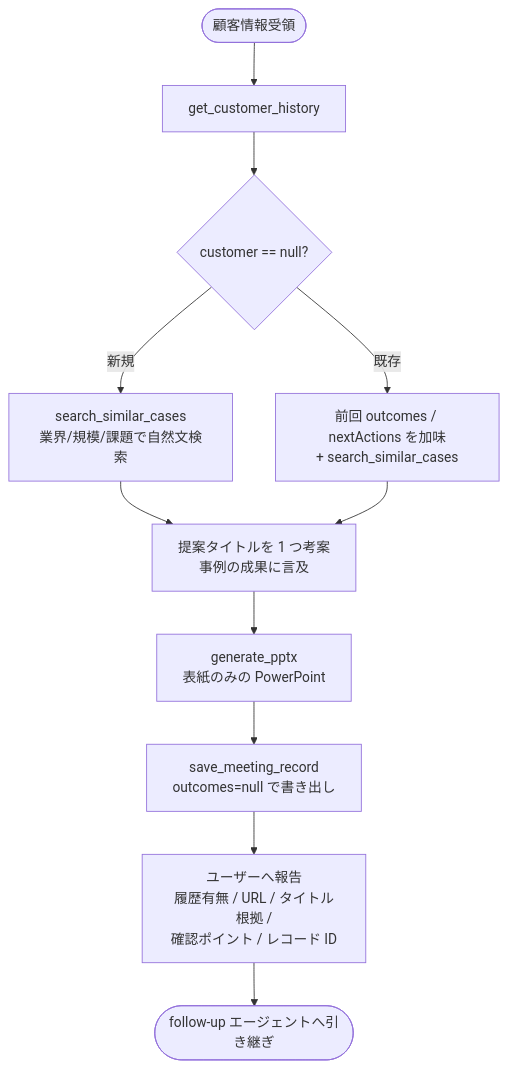
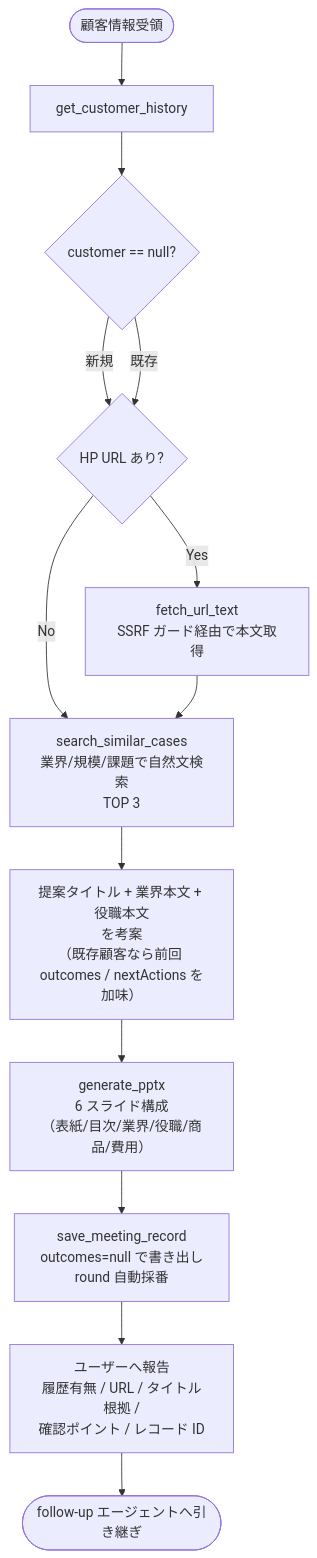
Before and after one commit to mintyobi/agentic_ai_for_hackathon: the third of 3 diagrams in agent-first-meeting/README.md, drawn with Mermaid. The commit also changed other lines of this file, not shown here.

Commit message:
docs: README のフロー図を実装に合わせて更新
- シーケンス図に fetch_url_text ステップを追加（顧客 HP URL 入力時の opt ブロック）
- generate_pptx の引数を実装の 4 個 (cover_title / cover_subtitle / industry_body / position_body) に修正
- 判断ロジック図に FunctionChoiceBehavior.Auto の注記を追加し、HP URL 有無の分岐を反映
- 「表紙のみの PowerPoint」を「6 スライド構成（表紙/目次/業界/役職/商品/費用）」に更新

````diff
--- a/agent-first-meeting/README.md
+++ b/agent-first-meeting/README.md
@@ -112,13 +122,16 @@
 ```mermaid
 flowchart TD
     Start([顧客情報受領]) --> H[get_customer_history]
     H --> Q{customer == null?}
-    Q -- "新規" --> S[search_similar_cases<br/>業界/規模/課題で自然文検索]
-    Q -- "既存" --> S2["前回 outcomes / nextActions を加味<br/>+ search_similar_cases"]
-    S --> T[提案タイトルを 1 つ考案<br/>事例の成果に言及]
-    S2 --> T
-    T --> G[generate_pptx<br/>表紙のみの PowerPoint]
-    G --> R[save_meeting_record<br/>outcomes=null で書き出し]
+    Q -- "新規" --> WF{HP URL あり?}
+    Q -- "既存" --> WF
+    WF -- "Yes" --> W[fetch_url_text<br/>SSRF ガード経由で本文取得]
+    WF -- "No" --> S
+    W --> S
+    S[search_similar_cases<br/>業界/規模/課題で自然文検索<br/>TOP 3]
+    S --> T[提案タイトル + 業界本文 + 役職本文<br/>を考案<br/>（既存顧客なら前回 outcomes / nextActions を加味）]
+    T --> G[generate_pptx<br/>6 スライド構成<br/>（表紙/目次/業界/役職/商品/費用）]
+    G --> R[save_meeting_record<br/>outcomes=null で書き出し<br/>round 自動採番]
     R --> Report["ユーザーへ報告<br/>履歴有無 / URL / タイトル根拠 /<br/>確認ポイント / レコード ID"]
     Report --> End([follow-up エージェントへ引き継ぎ])
 ```
````
